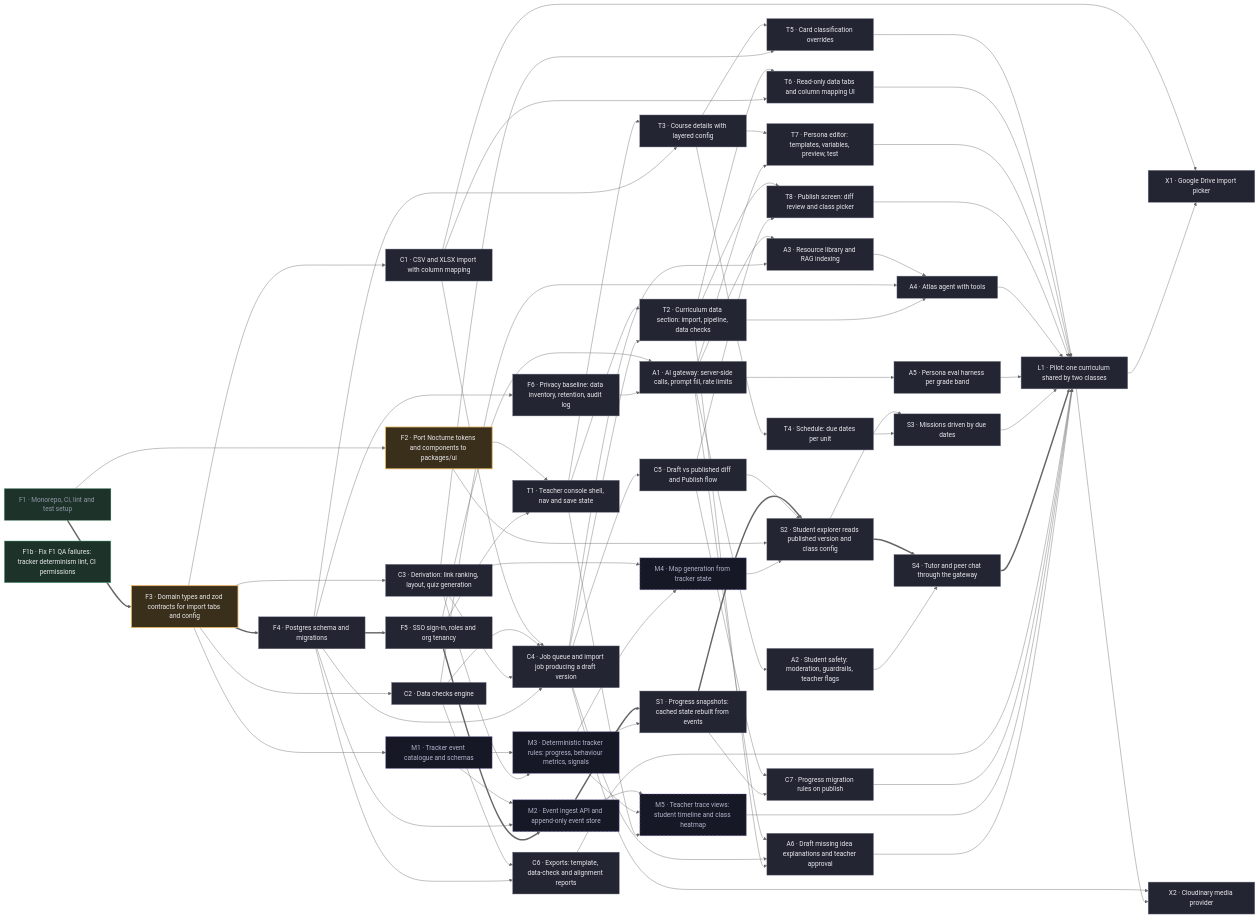
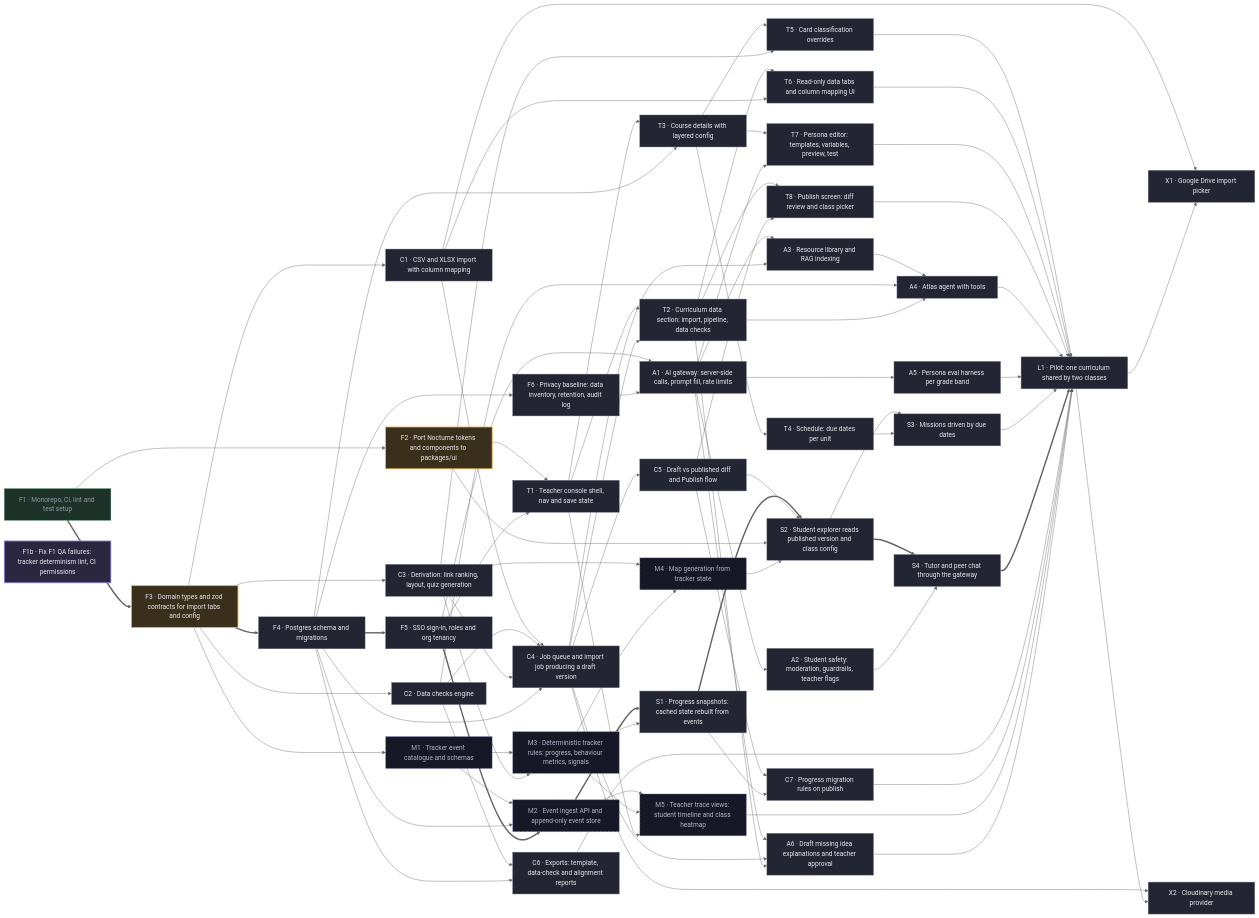
Before and after one commit to tenkevin/mind-your-tutor: the diagram in docs/PLAN.md, drawn with Mermaid (neutral theme). The commit also changed other lines of this file and 1 other file, not shown here.

````diff
--- a/docs/PLAN.md
+++ b/docs/PLAN.md
@@ -209,8 +206,8 @@
   classDef done fill:#1d3329,stroke:#6fcf97,color:#9397ab,stroke-dasharray:3 3
   classDef spec fill:#161826,stroke:#968ae0,color:#b2b6ca,stroke-dasharray:6 4
   class F4,F5,F6,C1,C2,C3,C4,C5,C6,C7,T1,T2,T3,T4,T5,T6,T7,T8,A1,A2,A3,A4,A5,A6,S1,S2,S3,S4,L1,X1,X2 todo
+  class F1b doing
   class F2,F3 review
   class F1 done
-  class F1b ready
   class M1,M2,M3,M4,M5 spec
 ```
````
